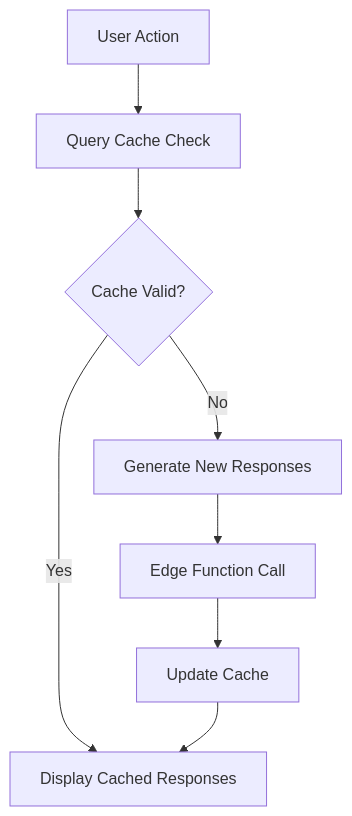
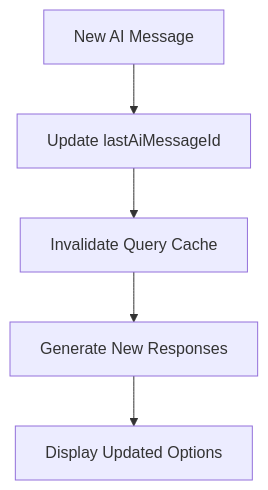
The diagram in src/@llm/chat/recommended-responses-flow.md (TheAlexYao/yapper-verse), drawn with Mermaid before and after one commit. The commit also changed other lines of this file, not shown here.

````diff
--- a/src/@llm/chat/recommended-responses-flow.md
+++ b/src/@llm/chat/recommended-responses-flow.md
@@ -14,10 +11,7 @@
    ```mermaid
    graph TD
-      A[User Action] --> B[Query Cache Check]
-      B --> C{Cache Valid?}
-      C -->|Yes| D[Display Cached Responses]
-      C -->|No| E[Generate New Responses]
-      E --> F[Edge Function Call]
-      F --> G[Update Cache]
-      G --> D
+      A[New AI Message] --> B[Update lastAiMessageId]
+      B --> C[Invalidate Query Cache]
+      C --> D[Generate New Responses]
+      D --> E[Display Updated Options]
    ```
````
